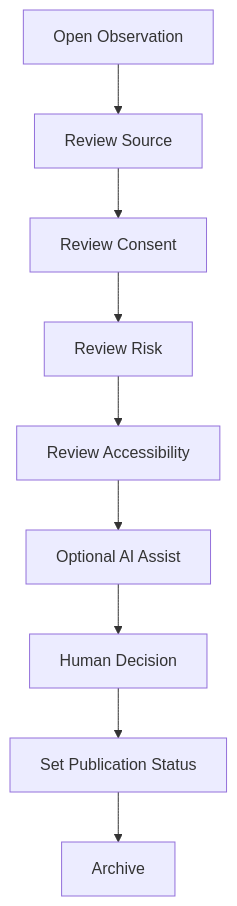
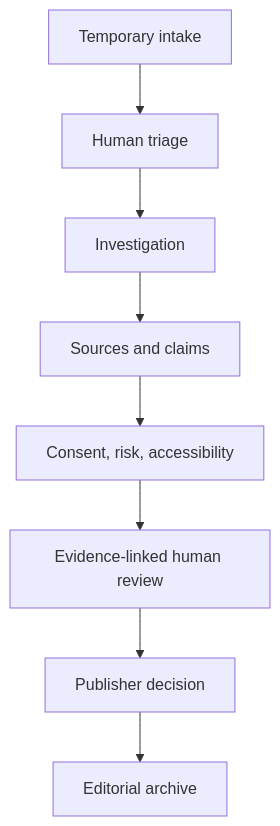
The diagram in web-engine/architecture.md (ukadike/omoluabi), drawn with Mermaid before and after one commit. The commit also changed other lines of this file and 23 other files, not shown here.

````diff
--- a/web-engine/architecture.md
+++ b/web-engine/architecture.md
@@ -12,11 +13,10 @@
 ```mermaid
 flowchart TD
-  A[Open Observation] --> B[Review Source]
-  B --> C[Review Consent]
-  C --> D[Review Risk]
-  D --> E[Review Accessibility]
-  E --> F[Optional AI Assist]
-  F --> G[Human Decision]
-  G --> H[Set Publication Status]
-  H --> I[Archive]
+  A[Temporary intake] --> B[Human triage]
+  B --> C[Investigation]
+  C --> D[Sources and claims]
+  D --> E[Consent, risk, accessibility]
+  E --> F[Evidence-linked human review]
+  F --> G[Publisher decision]
+  G --> H[Editorial archive]
 ```
````
